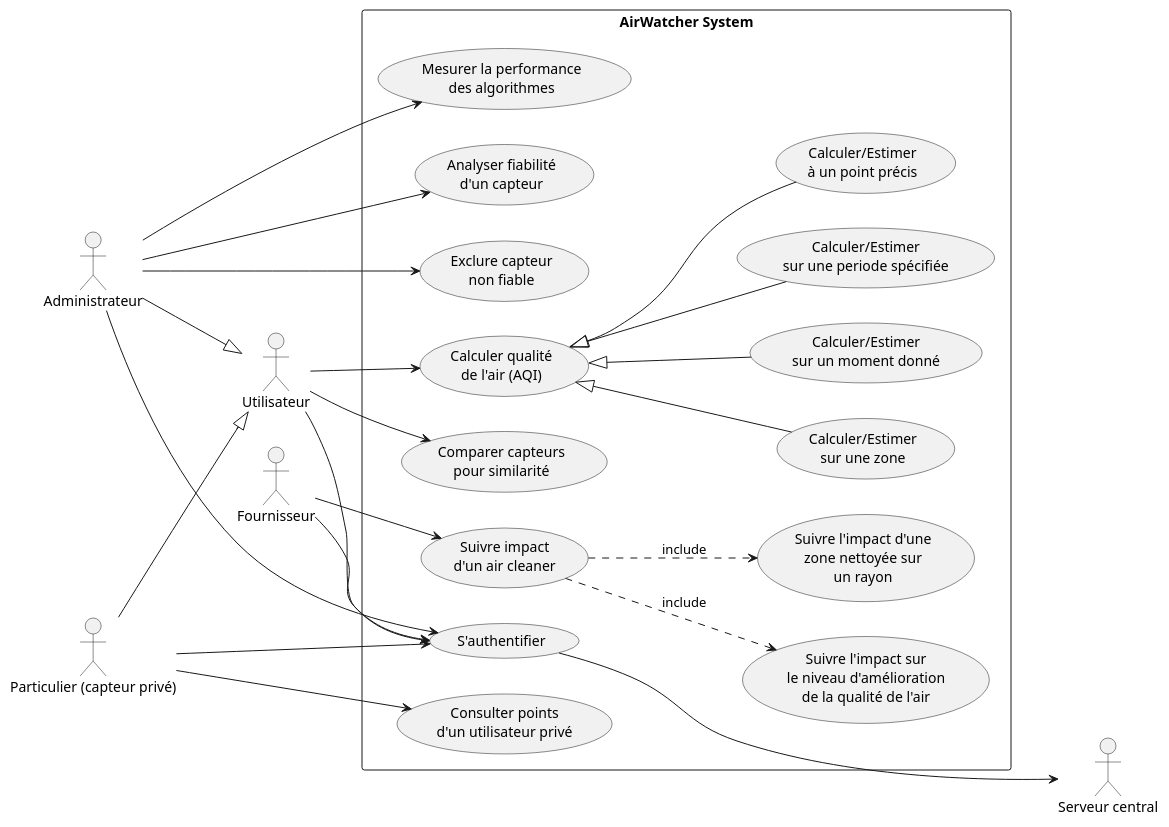
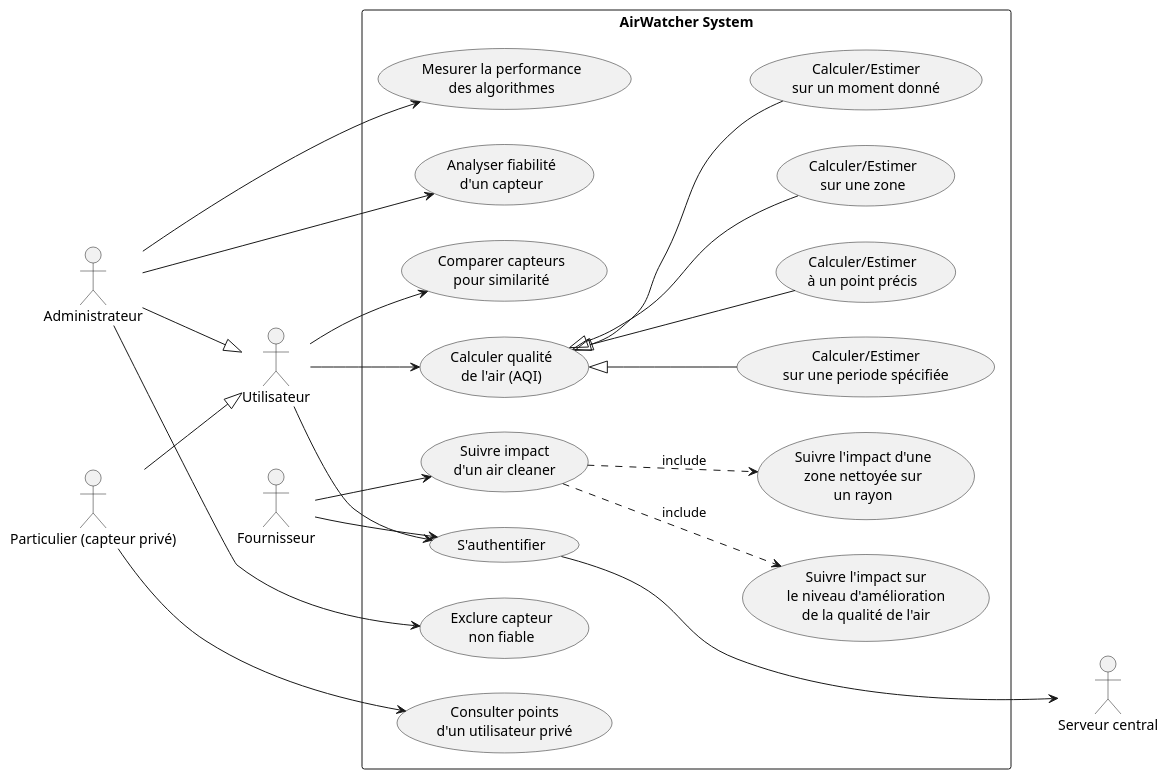
The diagram in UML/UseCase.puml (ldureuil/3IF_AirWatcher), drawn with PlantUML before and after one commit. The commit also changed 9 other files, not shown here.

```diff
--- a/UML/UseCase.puml
+++ b/UML/UseCase.puml
@@ -1,63 +1,61 @@
 @startuml
 left to right direction
 
 
 ' Actors on the left
 actor "Administrateur" as A
 actor "Fournisseur" as F
 actor "Particulier (capteur privé)" as P
 actor "Utilisateur" as U
 
 rectangle "AirWatcher System" {
   usecase "S'authentifier" as UC_Auth
   usecase "Mesurer la performance\ndes algorithmes" as UC_AnalyzeSensorPerf
   usecase "Analyser fiabilité\nd'un capteur" as UC_AnalyzeSensor
   usecase "Exclure capteur\nnon fiable" as UC_ExcludeSensor
   usecase "Calculer qualité\nde l'air (AQI)" as UC_CalcAverage
   usecase "Comparer capteurs\npour similarité" as UC_CompareSensors
   usecase "Consulter points\nd'un utilisateur privé" as UC_ShowPoints
   usecase "Suivre impact\nd'un air cleaner" as UC_TrackCleaner
   
   usecase "Calculer/Estimer\nà un point précis" as UC_GivenPoint
   usecase "Calculer/Estimer\nsur une zone" as UC_Area
   usecase "Calculer/Estimer\nsur un moment donné" as UC_GivenMoment
   usecase "Calculer/Estimer\nsur une periode spécifiée" as UC_SpecifiedPeriod
   usecase "Suivre l'impact d'une\nzone nettoyée sur\nun rayon" as UC_CleanedRadius
   usecase "Suivre l'impact sur\nle niveau d'amélioration\nde la qualité de l'air" as UC_AirQualityImprovement
 }
 
 ' L'administrateur
 A --> UC_AnalyzeSensor
 A --> UC_ExcludeSensor
 A --> UC_AnalyzeSensorPerf
 A --|> U
-A --> UC_Auth
 
 ' Le fournisseur
 F --> UC_TrackCleaner
 F --> UC_Auth
 
 ' Le particulier
 P --> UC_ShowPoints
 P --|> U
-P --> UC_Auth
 
 ' L'utilisateur
 U --> UC_CompareSensors
 U --> UC_CalcAverage
 U --> UC_Auth
 
 UC_CalcAverage <|-- UC_SpecifiedPeriod
 UC_CalcAverage <|-- UC_GivenMoment
 UC_CalcAverage <|-- UC_GivenPoint
 UC_CalcAverage <|-- UC_Area
 UC_TrackCleaner .-> UC_AirQualityImprovement : include
 UC_TrackCleaner .-> UC_CleanedRadius : include
 
 
 actor "Serveur central" as S
 
 ' Use cases utilisant les données -> Serveur central
 UC_Auth ---> S
 
 @enduml
```
